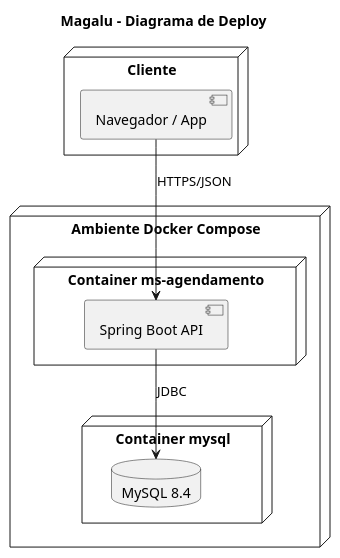
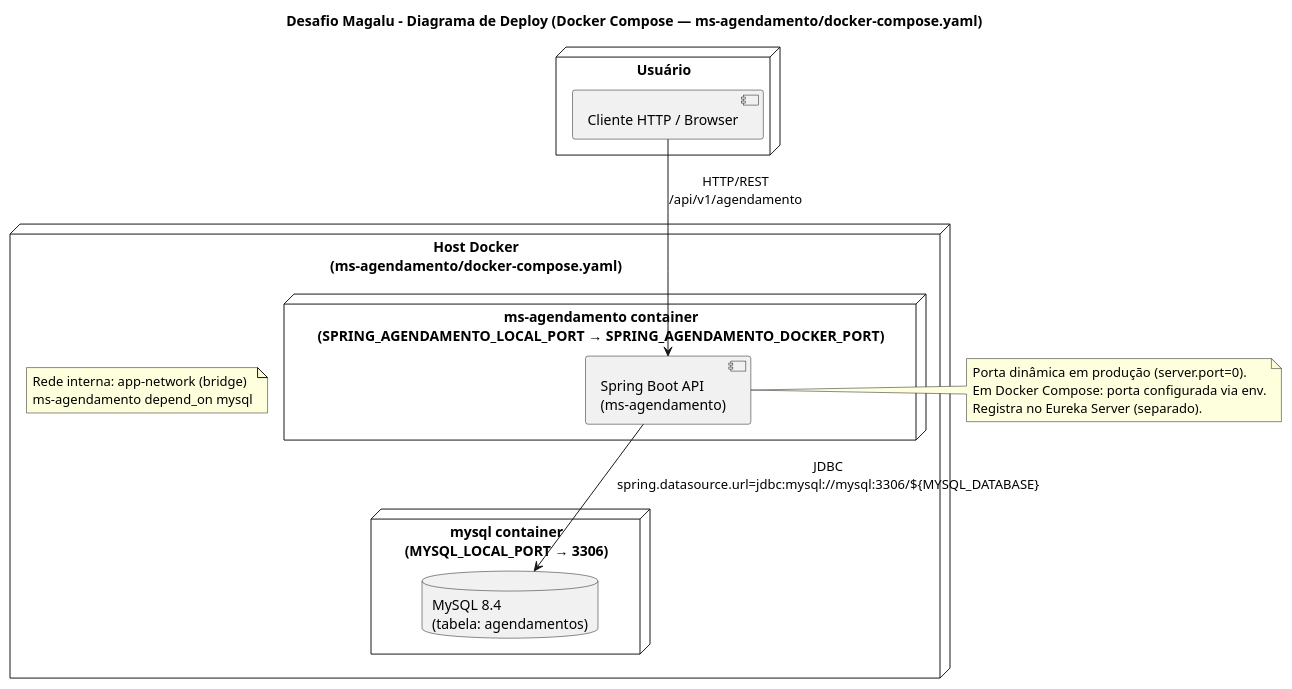
One commit to leoalmeida/desafioMagalu changed the diagram in docs/architecture/deployment-diagram.puml. Above: the diagram before and after it, drawn with PlantUML. The commit also changed 7 other files, not shown here.

Commit message:
Inclusão do web-ui do openapi e atualização dos diagramas de documentação.

```diff
--- a/docs/architecture/deployment-diagram.puml
+++ b/docs/architecture/deployment-diagram.puml
@@ -1,22 +1,34 @@
 @startuml deployment_diagram
 
-title Magalu - Diagrama de Deploy
+title Desafio Magalu - Diagrama de Deploy (Docker Compose — ms-agendamento/docker-compose.yaml)
 
-node "Cliente" {
-    component "Navegador / App"
+node "Usuário" {
+    component "Cliente HTTP / Browser"
 }
 
-node "Ambiente Docker Compose" {
-    node "Container ms-agendamento" {
-        component "Spring Boot API"
+node "Host Docker\n(ms-agendamento/docker-compose.yaml)" {
+
+    node "ms-agendamento container\n(SPRING_AGENDAMENTO_LOCAL_PORT → SPRING_AGENDAMENTO_DOCKER_PORT)" {
+        component "Spring Boot API\n(ms-agendamento)"
     }
 
-    node "Container mysql" {
-        database "MySQL 8.4"
+    node "mysql container\n(MYSQL_LOCAL_PORT → 3306)" {
+        database "MySQL 8.4\n(tabela: agendamentos)"
     }
+
+    note as net
+        Rede interna: app-network (bridge)
+        ms-agendamento depend_on mysql
+    end note
 }
 
-"Navegador / App" --> "Spring Boot API" : HTTPS/JSON
-"Spring Boot API" --> "MySQL 8.4" : JDBC
+"Cliente HTTP / Browser" --> "Spring Boot API\n(ms-agendamento)" : HTTP/REST\n/api/v1/agendamento
+"Spring Boot API\n(ms-agendamento)" --> "MySQL 8.4\n(tabela: agendamentos)" : JDBC\nspring.datasource.url=jdbc:mysql://mysql:3306/${MYSQL_DATABASE}
+
+note right of "Spring Boot API\n(ms-agendamento)"
+    Porta dinâmica em produção (server.port=0).
+    Em Docker Compose: porta configurada via env.
+    Registra no Eureka Server (separado).
+end note
 
 @enduml
```
